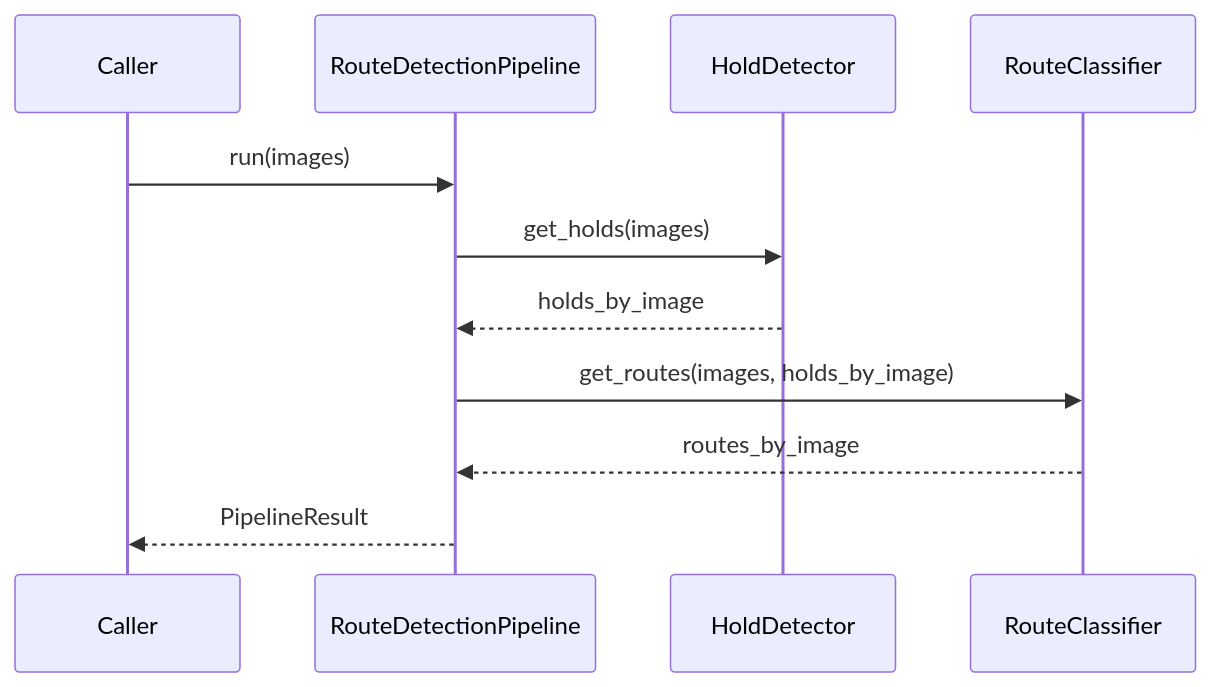
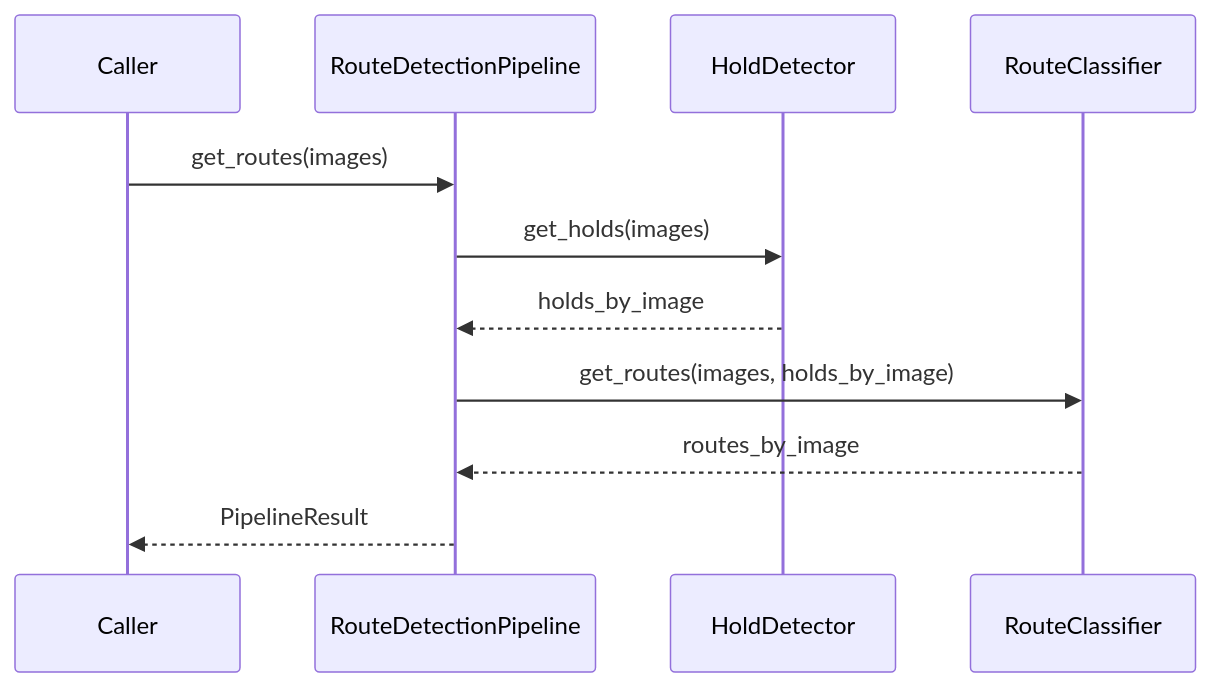
One commit to mac-edmondson/zero-shot-route-segmentation changed the diagram in docs/spec/pipeline/interfaces/route-detection-pipeline.md. Above: the diagram before and after it, drawn with Mermaid. The commit also changed other lines of this file and 11 other files, not shown here.

````diff
--- a/docs/spec/pipeline/interfaces/route-detection-pipeline.md
+++ b/docs/spec/pipeline/interfaces/route-detection-pipeline.md
@@ -33,14 +33,14 @@
 ```mermaid
 sequenceDiagram
     participant C as Caller
     participant P as RouteDetectionPipeline
     participant H as HoldDetector
     participant R as RouteClassifier
 
-    C->>P: run(images)
+    C->>P: get_routes(images)
     P->>H: get_holds(images)
     H-->>P: holds_by_image
     P->>R: get_routes(images, holds_by_image)
     R-->>P: routes_by_image
     P-->>C: PipelineResult
 ```
````
